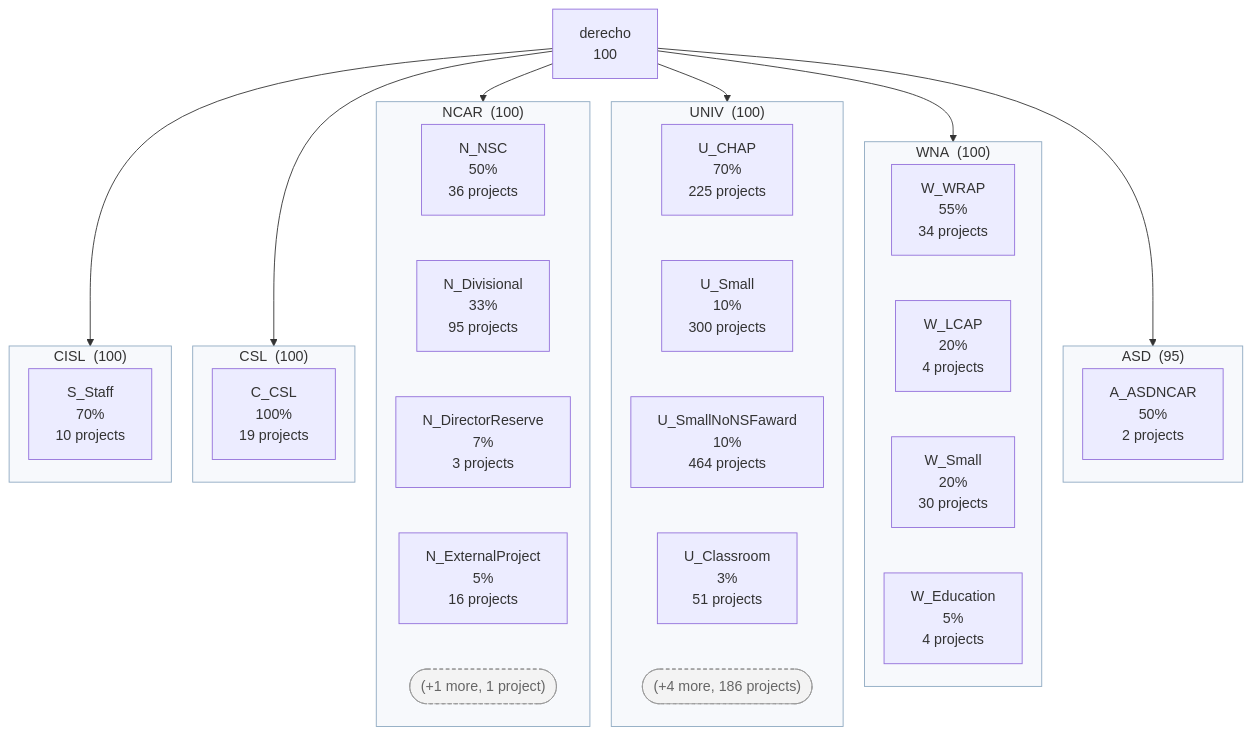
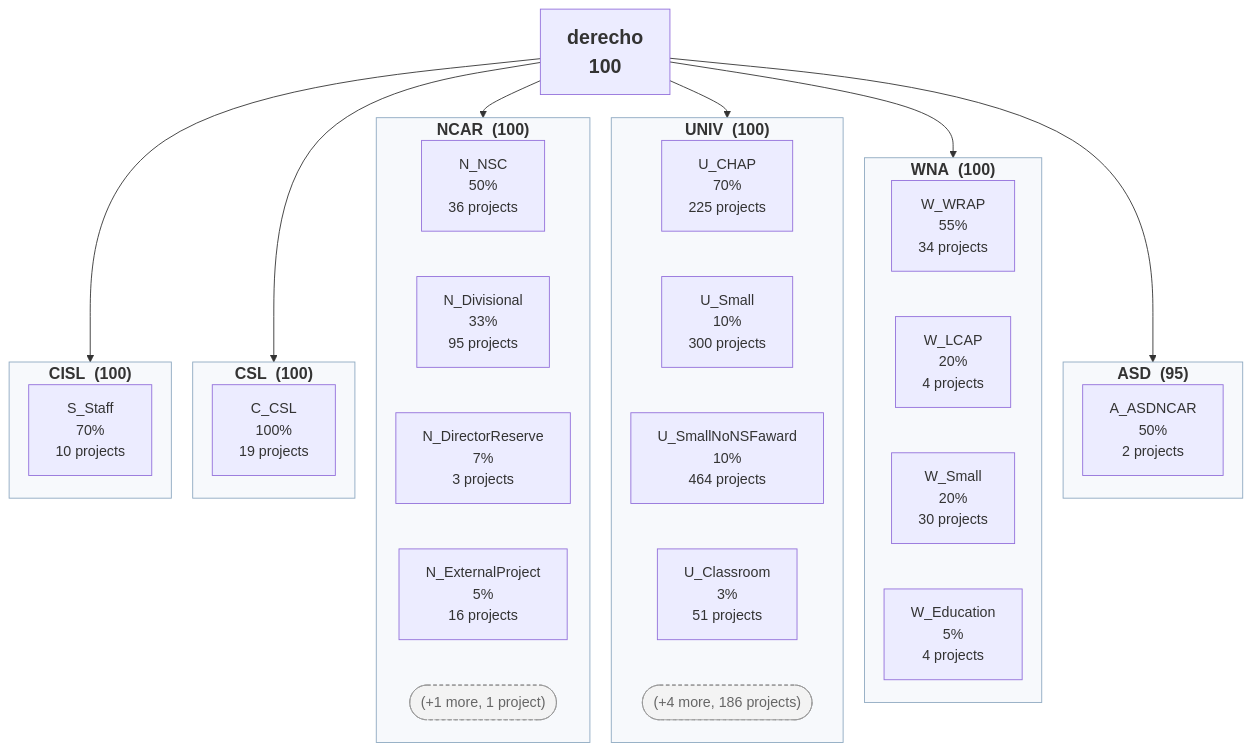
One commit to benkirk/quarto-docs-framework changed the diagram in docs/sam_and_pbs/_tree_overview.qmd. Above: the diagram before and after it, drawn with Mermaid. The commit also changed 1 other file, not shown here.

Commit message:
tree2mermaid: emphasize root and tier titles in stacked mode
The root vertex and the facility subgraph titles anchor the discussion,
so in --stack mode they get larger bold type (22px root, 18px tier
labels) via classDef font attributes; group boxes are unchanged.

````diff
--- a/docs/sam_and_pbs/_tree_overview.qmd
+++ b/docs/sam_and_pbs/_tree_overview.qmd
@@ -1,56 +1,58 @@
 ```{mermaid}
 %%| fig-width: 9.5
 %%{init: {"flowchart": {"rankSpacing": 26, "nodeSpacing": 24}}}%%
 graph TD
     derecho["derecho<br/>100"]
     subgraph CISL["CISL&nbsp;&nbsp;(100)"]
         direction TB
         S_Staff["S_Staff<br/>70%<br/>10 projects"]
     end
     derecho --> CISL
     subgraph CSL["CSL&nbsp;&nbsp;(100)"]
         direction TB
         C_CSL["C_CSL<br/>100%<br/>19 projects"]
     end
     derecho --> CSL
     subgraph NCAR["NCAR&nbsp;&nbsp;(100)"]
         direction TB
         N_NSC["N_NSC<br/>50%<br/>36 projects"]
         N_Divisional["N_Divisional<br/>33%<br/>95 projects"]
         N_DirectorReserve["N_DirectorReserve<br/>7%<br/>3 projects"]
         N_ExternalProject["N_ExternalProject<br/>5%<br/>16 projects"]
         NCAR_more(["(+1 more, 1 project)"])
         N_NSC ~~~ N_Divisional ~~~ N_DirectorReserve ~~~ N_ExternalProject ~~~ NCAR_more
     end
     derecho --> NCAR
     subgraph UNIV["UNIV&nbsp;&nbsp;(100)"]
         direction TB
         U_CHAP["U_CHAP<br/>70%<br/>225 projects"]
         U_Small["U_Small<br/>10%<br/>300 projects"]
         U_SmallNoNSFaward["U_SmallNoNSFaward<br/>10%<br/>464 projects"]
         U_Classroom["U_Classroom<br/>3%<br/>51 projects"]
         UNIV_more(["(+4 more, 186 projects)"])
         U_CHAP ~~~ U_Small ~~~ U_SmallNoNSFaward ~~~ U_Classroom ~~~ UNIV_more
     end
     derecho --> UNIV
     subgraph WNA["WNA&nbsp;&nbsp;(100)"]
         direction TB
         W_WRAP["W_WRAP<br/>55%<br/>34 projects"]
         W_LCAP["W_LCAP<br/>20%<br/>4 projects"]
         W_Small["W_Small<br/>20%<br/>30 projects"]
         W_Education["W_Education<br/>5%<br/>4 projects"]
         W_WRAP ~~~ W_LCAP ~~~ W_Small ~~~ W_Education
     end
     derecho --> WNA
     subgraph ASD["ASD&nbsp;&nbsp;(95)"]
         direction TB
         A_ASDNCAR["A_ASDNCAR<br/>50%<br/>2 projects"]
     end
     derecho --> ASD
     classDef grp fill:#cfe2f3,stroke:#1f4e79,stroke-width:2px
     classDef selfleaf fill:#fff2cc,stroke:#bf9000
     classDef elided fill:#f3f3f3,stroke:#999999,stroke-dasharray:4 3,color:#666666
-    classDef tier fill:#f7f9fc,stroke:#8ea9c1
+    classDef tier fill:#f7f9fc,stroke:#8ea9c1,font-size:18px,font-weight:bold
+    classDef rootv font-size:22px,font-weight:bold
     class NCAR_more,UNIV_more elided
     class CISL,CSL,NCAR,UNIV,WNA,ASD tier
+    class derecho rootv
 ```
````
